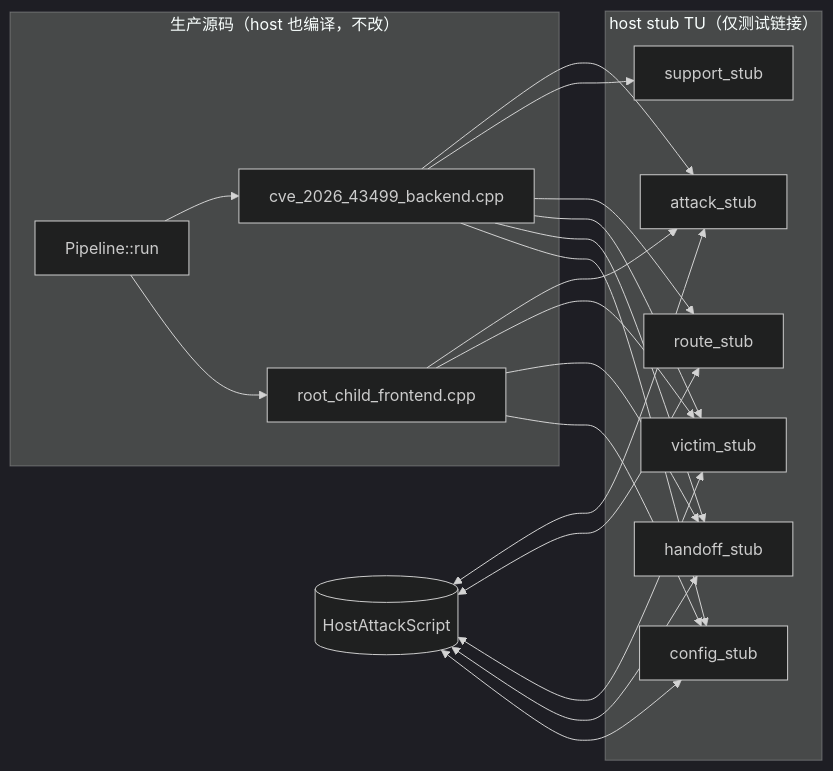
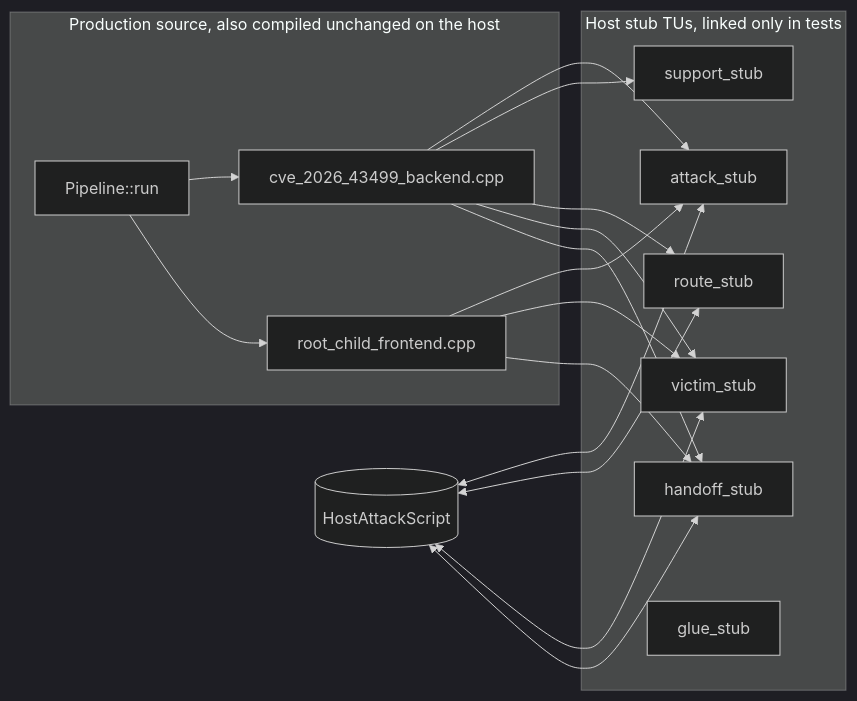
One commit to YuKongA/ghostlock-app changed the diagram in docs/analysis/host-attack-dataflow-plan.md. Above: the diagram before and after it, drawn with Mermaid (dark theme). The commit also changed other lines of this file and 41 other files, not shown here.

````diff
--- a/docs/analysis/host-attack-dataflow-plan.md
+++ b/docs/analysis/host-attack-dataflow-plan.md
@@ -35,21 +47,21 @@
 ```mermaid
 flowchart LR
-    subgraph prod [生产源码（host 也编译，不改）]
+    subgraph prod [Production source, also compiled unchanged on the host]
         P[Pipeline::run]
         B[cve_2026_43499_backend.cpp]
         F[root_child_frontend.cpp]
     end
-    subgraph stubs [host stub TU（仅测试链接）]
+    subgraph stubs [Host stub TUs, linked only in tests]
         A[attack_stub]
         S[support_stub]
         R[route_stub]
         V[victim_stub]
         H[handoff_stub]
-        C[config_stub]
+        G[glue_stub]
     end
     SC[(HostAttackScript)]
-    B --> A & S & R & V & H & C
-    F --> A & V & H & C
+    B --> A & S & R & V & H
+    F --> A & V & H
     P --> B & F
-    SC <--> A & R & V & H & C
+    SC <--> A & R & V & H
 ```
````
